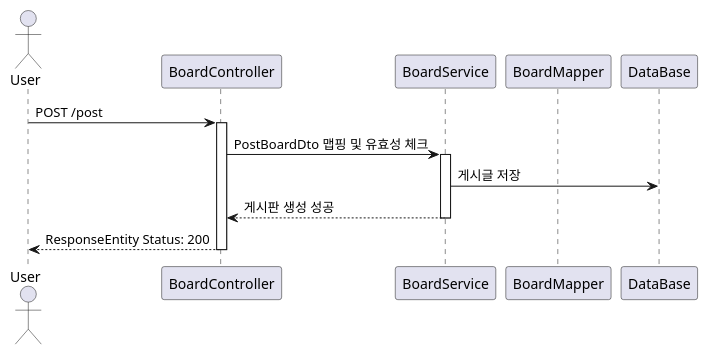
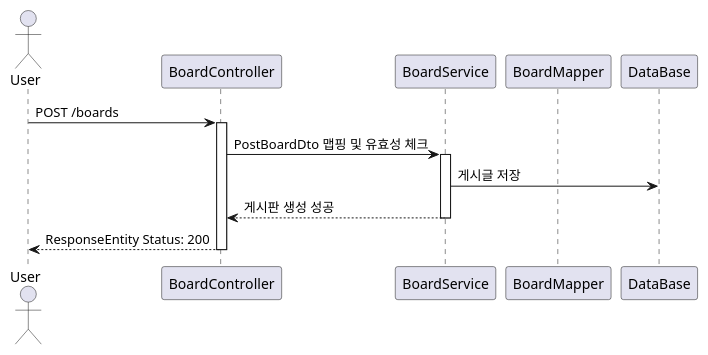
One commit to HyunSense/Rest_board changed the diagram in Sequence_diagram/postBoardSequence.puml. Above: the diagram before and after it, drawn with PlantUML. The commit also changed 3 other files, not shown here.

Commit message:
sequenceDiagram URI 수정

```diff
--- a/Sequence_diagram/postBoardSequence.puml
+++ b/Sequence_diagram/postBoardSequence.puml
@@ -1,22 +1,22 @@
 @startuml
 
 actor User
 participant "BoardController"
 participant "BoardService"
 participant "BoardMapper"
 participant "DataBase"
 
-User -> BoardController: POST /post
+User -> BoardController: POST /boards
 activate BoardController
 
 BoardController -> BoardService: PostBoardDto 맵핑 및 유효성 체크
 activate BoardService
 
 BoardService -> DataBase: 게시글 저장
 
 BoardService --> BoardController: 게시판 생성 성공
 deactivate BoardService
 BoardController --> User: ResponseEntity Status: 200
 deactivate BoardController
 
 @enduml
```
